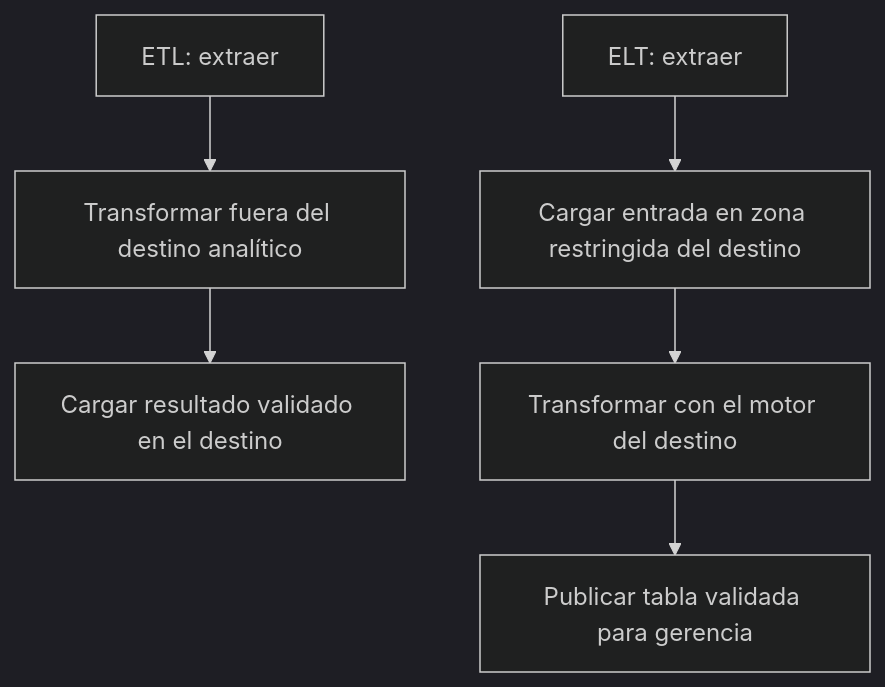
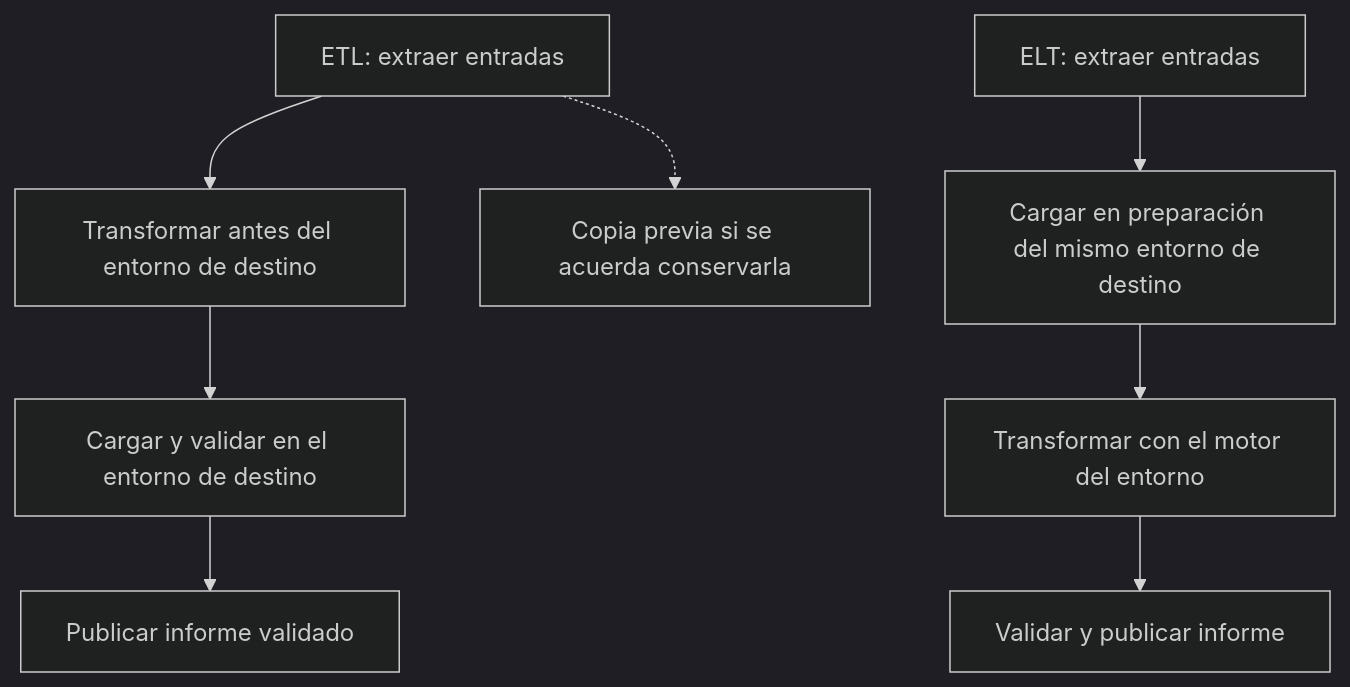
One commit to iesataulfoargentasor/bda_2026_2027 changed the fifth of 6 diagrams in docs/ut1/ingesta.md. Above: the diagram before and after it, drawn with Mermaid (dark theme). The commit also changed other lines of this file, not shown here.

Commit message:
Aclara ETL y ELT en textos, tablas y actividades de Ingesta

````diff
--- a/docs/ut1/ingesta.md
+++ b/docs/ut1/ingesta.md
@@ -277,8 +281,10 @@
 ```mermaid
 flowchart TD
- E[ETL: extraer] --> T[Transformar fuera del destino analítico]
- T --> L[Cargar resultado validado en el destino]
- E2[ELT: extraer] --> L2[Cargar entrada en zona restringida del destino]
- L2 --> T2[Transformar con el motor del destino]
- T2 --> P2[Publicar tabla validada para gerencia]
+ E[ETL: extraer entradas] --> T[Transformar antes del entorno de destino]
+ E -.-> O[Copia previa si se acuerda conservarla]
+ T --> L[Cargar y validar en el entorno de destino]
+ L --> P[Publicar informe validado]
+ E2[ELT: extraer entradas] --> L2[Cargar en preparación del mismo entorno de destino]
+ L2 --> T2[Transformar con el motor del entorno]
+ T2 --> P2[Validar y publicar informe]
 ```
````
